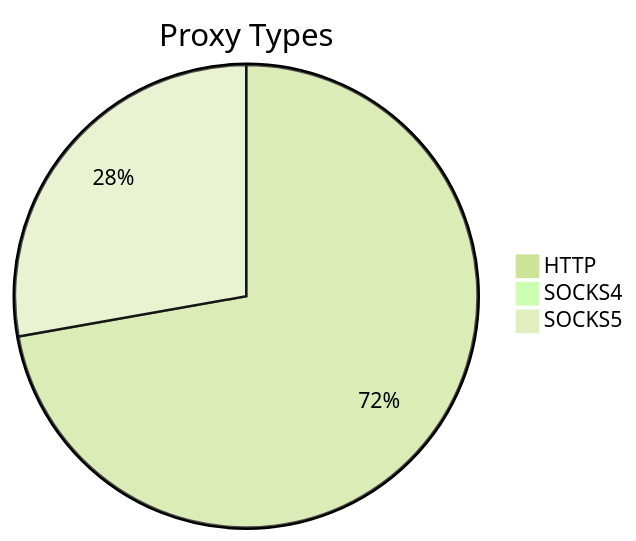
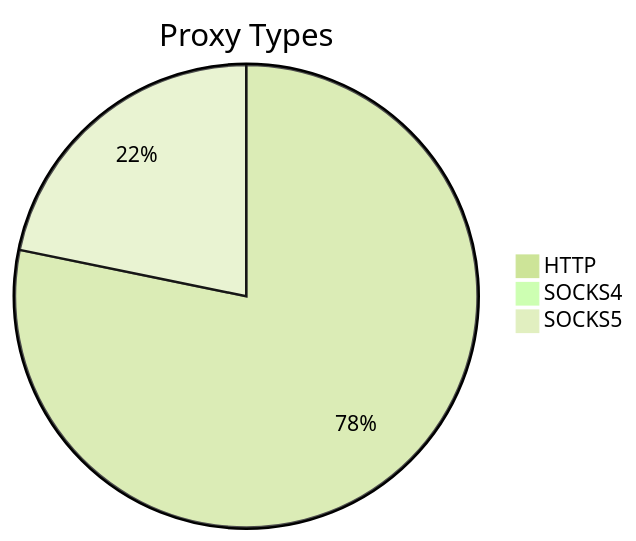
The first of 2 diagrams in README.md (stormsia/proxy-list), drawn with Mermaid (forest theme) before and after one commit. The commit also changed other lines of this file, not shown here.

````diff
--- a/README.md
+++ b/README.md
@@ -21,6 +21,6 @@
 ```mermaid
 pie title Proxy Types
-    "HTTP" : 3277
-    "SOCKS4" : 9
-    "SOCKS5" : 1261
+    "HTTP" : 2908
+    "SOCKS4" : 23
+    "SOCKS5" : 810
 ```
````
